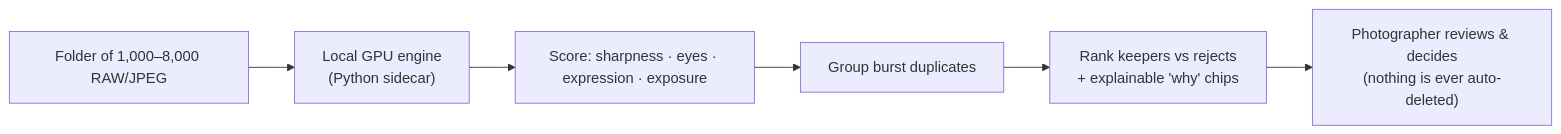
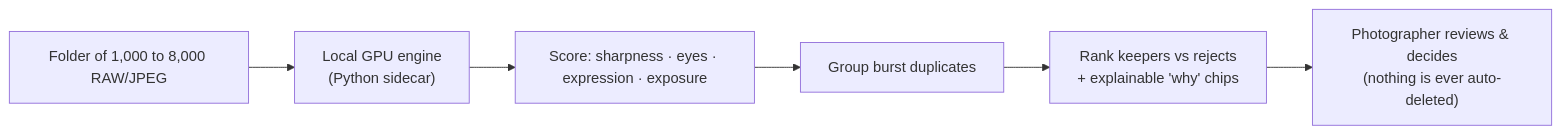
The diagram in README.md (SFX-TECH/cullpilot), drawn with Mermaid before and after one commit. The commit also changed other lines of this file, not shown here.

````diff
--- a/README.md
+++ b/README.md
@@ -31,8 +33,8 @@
 ```mermaid
 flowchart LR
-    F["Folder of 1,000–8,000 RAW/JPEG"] --> ENG["Local GPU engine<br/>(Python sidecar)"]
+    F["Folder of 1,000 to 8,000 RAW/JPEG"] --> ENG["Local GPU engine<br/>(Python sidecar)"]
     ENG --> SC["Score: sharpness · eyes · expression · exposure"]
     SC --> GR["Group burst duplicates"]
     GR --> RK["Rank keepers vs rejects<br/>+ explainable 'why' chips"]
     RK --> REV["Photographer reviews & decides<br/>(nothing is ever auto-deleted)"]
 ```
````
